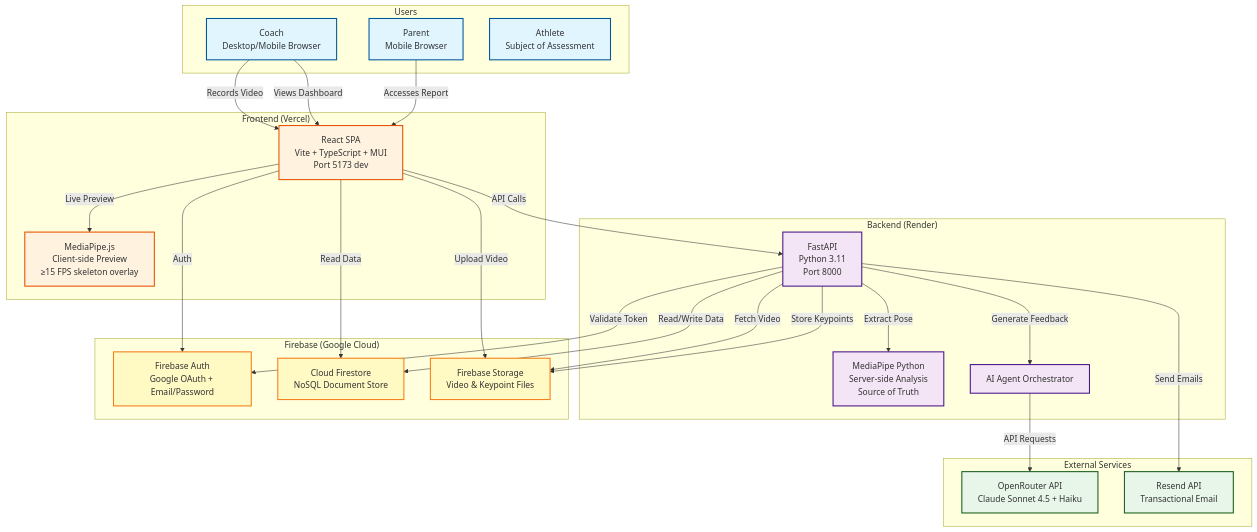
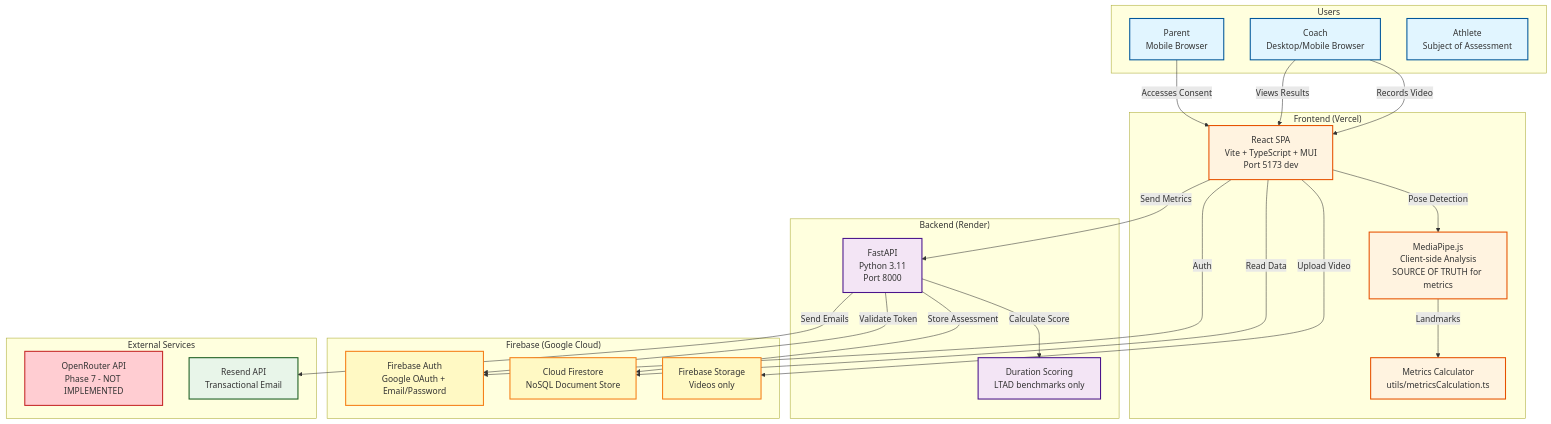
Before and after one commit to finessevanes/ltad-coach: the first of 6 diagrams in ARCHITECTURE.md, drawn with Mermaid. The commit also changed other lines of this file and 14 other files, not shown here.

Commit message:
feat: update architecture and implementation details for client-side metrics

````diff
--- a/ARCHITECTURE.md
+++ b/ARCHITECTURE.md
@@ -46,62 +49,60 @@
 ```mermaid
 graph TB
     subgraph Users
         Coach[Coach<br/>Desktop/Mobile Browser]
         Parent[Parent<br/>Mobile Browser]
         Athlete[Athlete<br/>Subject of Assessment]
     end
 
     subgraph "Frontend (Vercel)"
         React[React SPA<br/>Vite + TypeScript + MUI<br/>Port 5173 dev]
-        MediaPipeJS[MediaPipe.js<br/>Client-side Preview<br/>≥15 FPS skeleton overlay]
+        MediaPipeJS[MediaPipe.js<br/>Client-side Analysis<br/>SOURCE OF TRUTH for metrics]
+        MetricsCalc[Metrics Calculator<br/>utils/metricsCalculation.ts]
     end
 
     subgraph "Backend (Render)"
         FastAPI[FastAPI<br/>Python 3.11<br/>Port 8000]
-        MediaPipePy[MediaPipe Python<br/>Server-side Analysis<br/>Source of Truth]
-        AgentOrch[AI Agent Orchestrator]
+        DurationScore[Duration Scoring<br/>LTAD benchmarks only]
     end
 
     subgraph "Firebase (Google Cloud)"
         FireAuth[Firebase Auth<br/>Google OAuth + Email/Password]
         Firestore[Cloud Firestore<br/>NoSQL Document Store]
-        FireStorage[Firebase Storage<br/>Video & Keypoint Files]
+        FireStorage[Firebase Storage<br/>Videos only]
     end
 
     subgraph "External Services"
-        OpenRouter[OpenRouter API<br/>Claude Sonnet 4.5 + Haiku]
+        OpenRouter[OpenRouter API<br/>Phase 7 - NOT IMPLEMENTED]
         Resend[Resend API<br/>Transactional Email]
     end
 
     Coach -->|Records Video| React
-    Coach -->|Views Dashboard| React
-    Parent -->|Accesses Report| React
+    Coach -->|Views Results| React
+    Parent -->|Accesses Consent| React
 
-    React -->|Live Preview| MediaPipeJS
+    React -->|Pose Detection| MediaPipeJS
+    MediaPipeJS -->|Landmarks| MetricsCalc
     React -->|Upload Video| FireStorage
     React -->|Auth| FireAuth
-    React -->|API Calls| FastAPI
+    React -->|Send Metrics| FastAPI
     React -->|Read Data| Firestore
 
     FastAPI -->|Validate Token| FireAuth
-    FastAPI -->|Read/Write Data| Firestore
-    FastAPI -->|Fetch Video| FireStorage
-    FastAPI -->|Store Keypoints| FireStorage
-    FastAPI -->|Extract Pose| MediaPipePy
-    FastAPI -->|Generate Feedback| AgentOrch
-
-    AgentOrch -->|API Requests| OpenRouter
+    FastAPI -->|Store Assessment| Firestore
+    FastAPI -->|Calculate Score| DurationScore
     FastAPI -->|Send Emails| Resend
 
     classDef userClass fill:#e1f5ff,stroke:#01579b,stroke-width:2px
     classDef frontendClass fill:#fff3e0,stroke:#e65100,stroke-width:2px
     classDef backendClass fill:#f3e5f5,stroke:#4a148c,stroke-width:2px
     classDef firebaseClass fill:#fff9c4,stroke:#f57f17,stroke-width:2px
     classDef externalClass fill:#e8f5e9,stroke:#1b5e20,stroke-width:2px
+    classDef notImplemented fill:#ffcdd2,stroke:#c62828,stroke-width:2px
 
     class Coach,Parent,Athlete userClass
-    class React,MediaPipeJS frontendClass
-    class FastAPI,MediaPipePy,AgentOrch backendClass
+    class React,MediaPipeJS,MetricsCalc frontendClass
+    class FastAPI,DurationScore backendClass
     class FireAuth,Firestore,FireStorage firebaseClass
-    class OpenRouter,Resend externalClass
+    class Resend externalClass
+    class OpenRouter notImplemented
 ```
````
